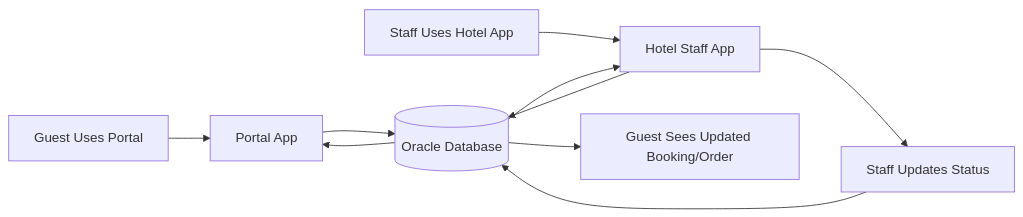
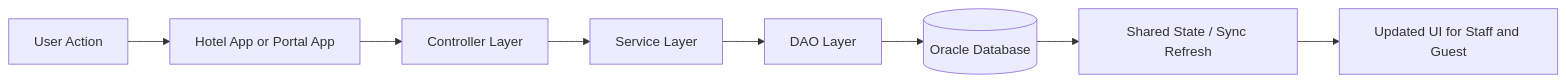
The diagram in README.md (NayanSaraff/Hotel-Management), drawn with Mermaid before and after one commit. The commit also changed other lines of this file, not shown here.

````diff
--- a/README.md
+++ b/README.md
@@ -364,12 +401,10 @@
 ```mermaid
 flowchart LR
-        G[Guest Uses Portal] --> P[Portal App]
-        P --> DB[(Oracle Database)]
-        S[Staff Uses Hotel App] --> H[Hotel Staff App]
-        H --> DB
-        DB --> H
-        DB --> P
-        H --> R[Staff Updates Status]
-        R --> DB
-        DB --> V[Guest Sees Updated Booking/Order]
+        U[User Action] --> APP[Hotel App or Portal App]
+        APP --> C[Controller Layer]
+        C --> SV[Service Layer]
+        SV --> DAO[DAO Layer]
+        DAO --> DB[(Oracle Database)]
+        DB --> SYNC[Shared State / Sync Refresh]
+        SYNC --> OUT[Updated UI for Staff and Guest]
 ```
````
